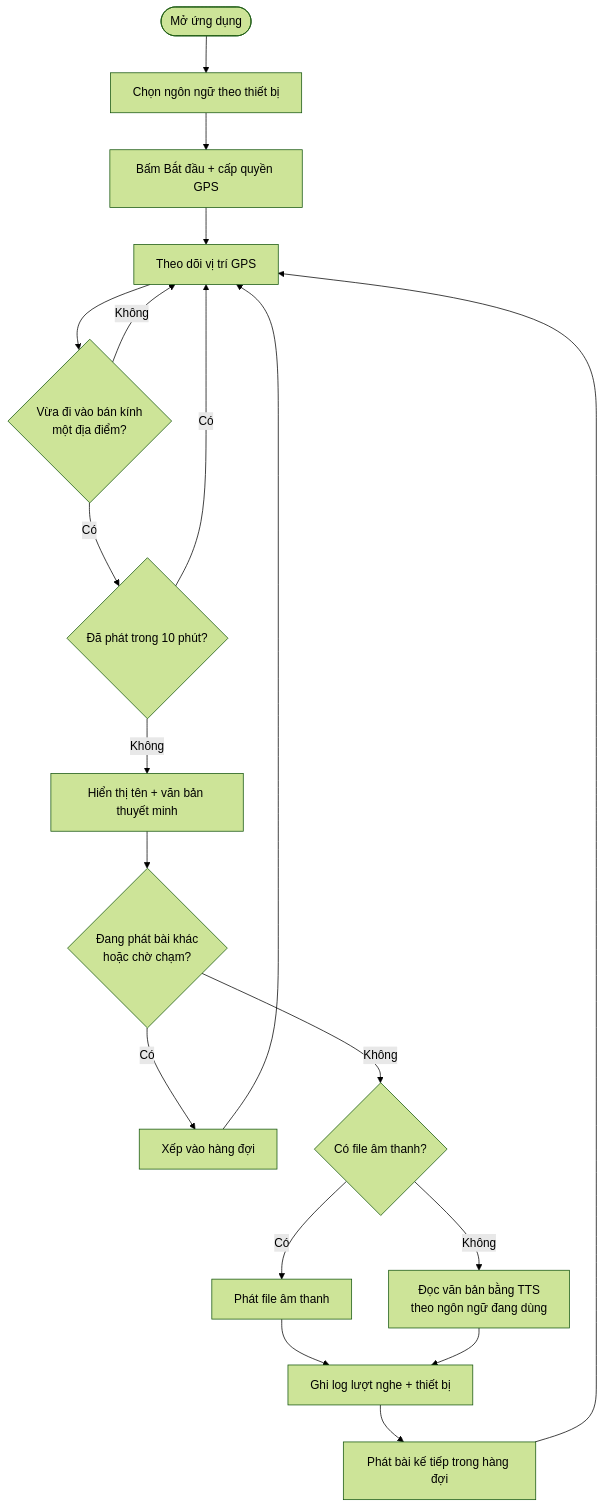
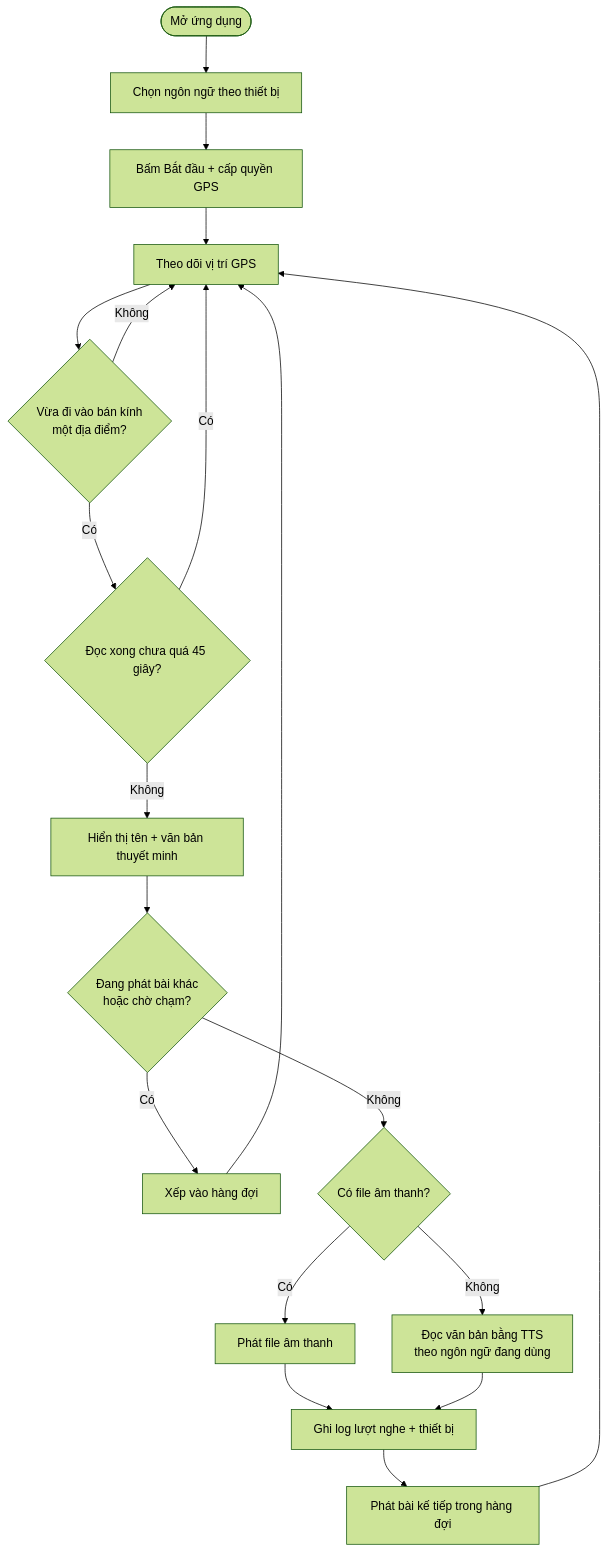
The second of 3 diagrams in docs/FocusedUseCases.md (DangHau19/CNPM), drawn with Mermaid (forest theme) before and after one commit. The commit also changed other lines of this file and 13 other files, not shown here.

First line of the commit message:
Dịch tự động từ tiếng Việt (Google Translation), GPS thật chờ 45 giây sau khi đọc xong, demo phát lại ngay

````diff
--- a/docs/FocusedUseCases.md
+++ b/docs/FocusedUseCases.md
@@ -245,19 +245,19 @@
 ```mermaid
 flowchart TD
   A([Mở ứng dụng]) --> B[Chọn ngôn ngữ theo thiết bị]
   B --> C[Bấm Bắt đầu + cấp quyền GPS]
   C --> D[Theo dõi vị trí GPS]
   D --> E{Vừa đi vào bán kính<br/>một địa điểm?}
   E -- Không --> D
-  E -- Có --> F{Đã phát trong 10 phút?}
+  E -- Có --> F{Đọc xong chưa quá 45 giây?}
   F -- Có --> D
   F -- Không --> G[Hiển thị tên + văn bản thuyết minh]
   G --> H{Đang phát bài khác<br/>hoặc chờ chạm?}
   H -- Có --> Q[Xếp vào hàng đợi] --> D
   H -- Không --> I{Có file âm thanh?}
   I -- Có --> J[Phát file âm thanh]
   I -- Không --> K[Đọc văn bản bằng TTS<br/>theo ngôn ngữ đang dùng]
   J --> L[Ghi log lượt nghe + thiết bị]
   K --> L
   L --> M[Phát bài kế tiếp trong hàng đợi] --> D
 ```
````
